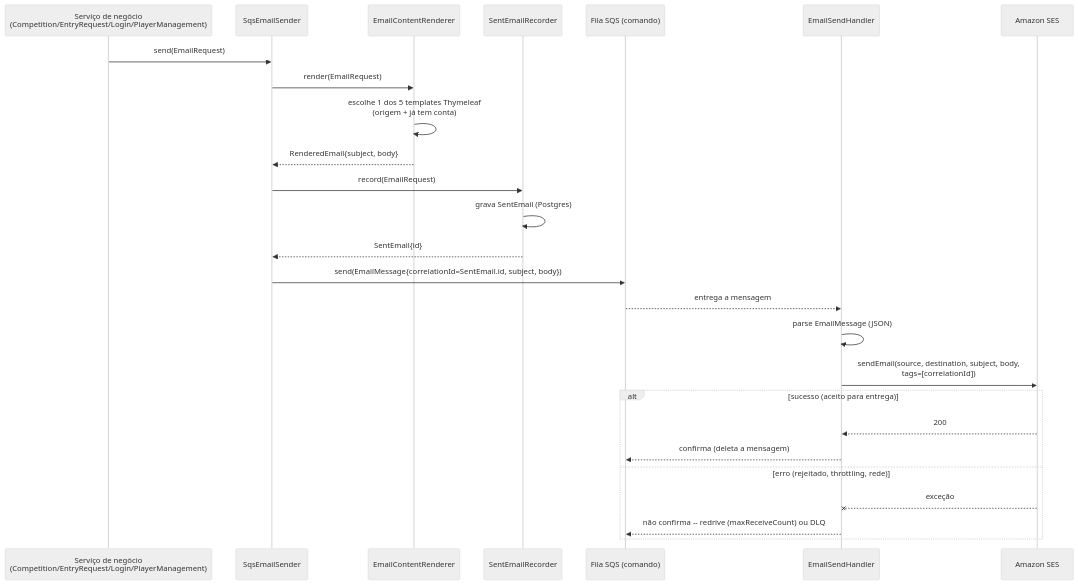
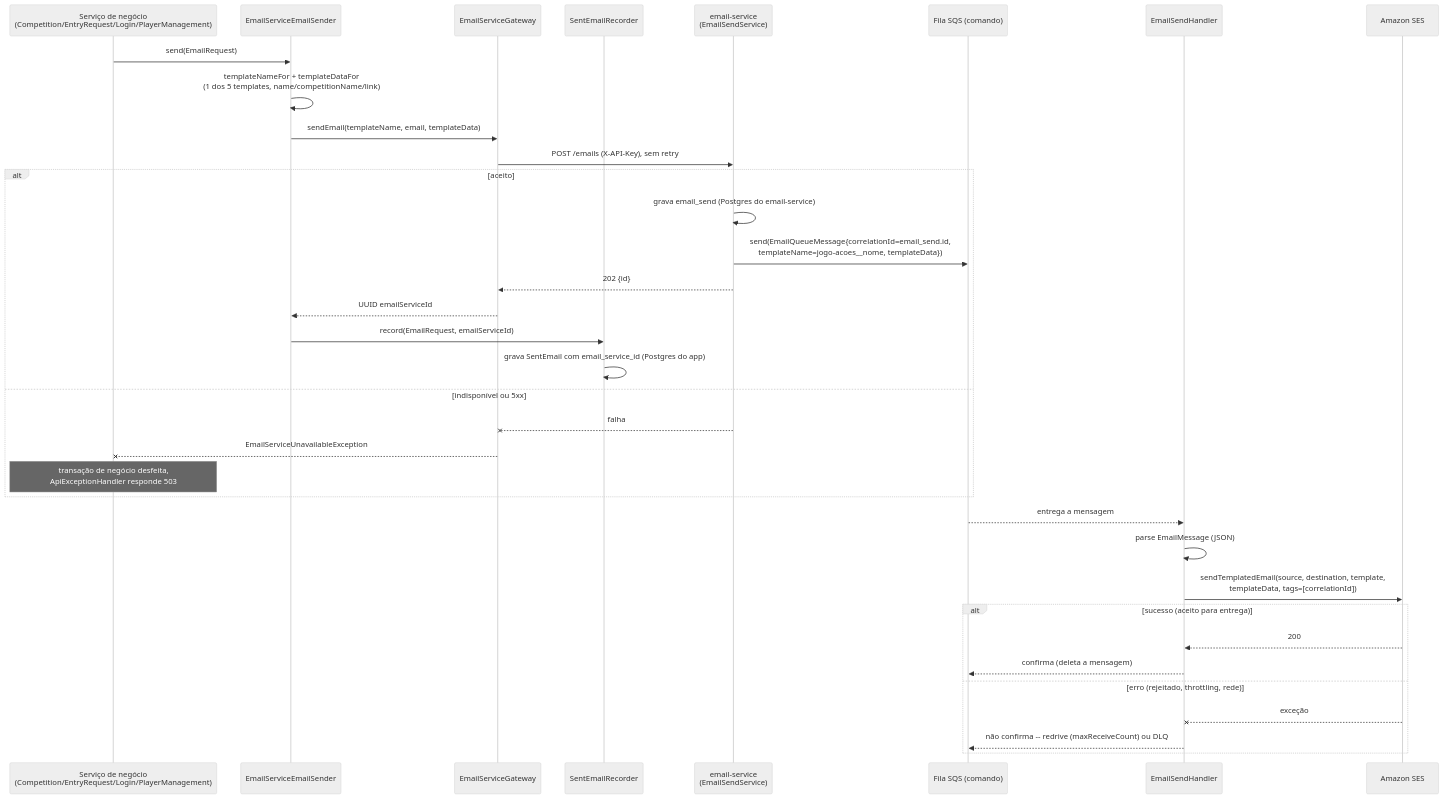
One commit to lalgarve/jogo-acoes changed the tenth of 10 diagrams in docs/diagrams/sequencia.md. Above: the diagram before and after it, drawn with Mermaid (neutral theme). The commit also changed other lines of this file and 6 other files, not shown here.

````diff
--- a/docs/diagrams/sequencia.md
+++ b/docs/diagrams/sequencia.md
@@ -405,30 +409,39 @@
 ```mermaid
 sequenceDiagram
     participant Svc as Serviço de negócio<br/>(Competition/EntryRequest/Login/PlayerManagement)
-    participant Sender as SqsEmailSender
-    participant Renderer as EmailContentRenderer
+    participant Sender as EmailServiceEmailSender
+    participant GW as EmailServiceGateway
     participant Rec as SentEmailRecorder
+    participant ESvc as email-service<br/>(EmailSendService)
     participant SQS as Fila SQS (comando)
     participant Lambda as EmailSendHandler
     participant SES as Amazon SES
 
     Svc->>Sender: send(EmailRequest)
-    Sender->>Renderer: render(EmailRequest)
-    Renderer->>Renderer: escolhe 1 dos 5 templates Thymeleaf<br/>(origem + já tem conta)
-    Renderer-->>Sender: RenderedEmail{subject, body}
-    Sender->>Rec: record(EmailRequest)
-    Rec->>Rec: grava SentEmail (Postgres)
-    Rec-->>Sender: SentEmail{id}
-    Sender->>SQS: send(EmailMessage{correlationId=SentEmail.id, subject, body})
+    Sender->>Sender: templateNameFor + templateDataFor<br/>(1 dos 5 templates, name/competitionName/link)
+    Sender->>GW: sendEmail(templateName, email, templateData)
+    GW->>ESvc: POST /emails (X-API-Key), sem retry
+    alt aceito
+        ESvc->>ESvc: grava email_send (Postgres do email-service)
+        ESvc->>SQS: send(EmailQueueMessage{correlationId=email_send.id,<br/>templateName=jogo-acoes__nome, templateData})
+        ESvc-->>GW: 202 {id}
+        GW-->>Sender: UUID emailServiceId
+        Sender->>Rec: record(EmailRequest, emailServiceId)
+        Rec->>Rec: grava SentEmail com email_service_id (Postgres do app)
+    else indisponível ou 5xx
+        ESvc--xGW: falha
+        GW--xSvc: EmailServiceUnavailableException
+        Note over Svc: transação de negócio desfeita,<br/>ApiExceptionHandler responde 503
+    end
 
     SQS-->>Lambda: entrega a mensagem
     Lambda->>Lambda: parse EmailMessage (JSON)
-    Lambda->>SES: sendEmail(source, destination, subject, body,<br/>tags=[correlationId])
+    Lambda->>SES: sendTemplatedEmail(source, destination, template,<br/>templateData, tags=[correlationId])
     alt sucesso (aceito para entrega)
         SES-->>Lambda: 200
         Lambda-->>SQS: confirma (deleta a mensagem)
     else erro (rejeitado, throttling, rede)
         SES--xLambda: exceção
         Lambda-->>SQS: não confirma -- redrive (maxReceiveCount) ou DLQ
     end
 ```
````
